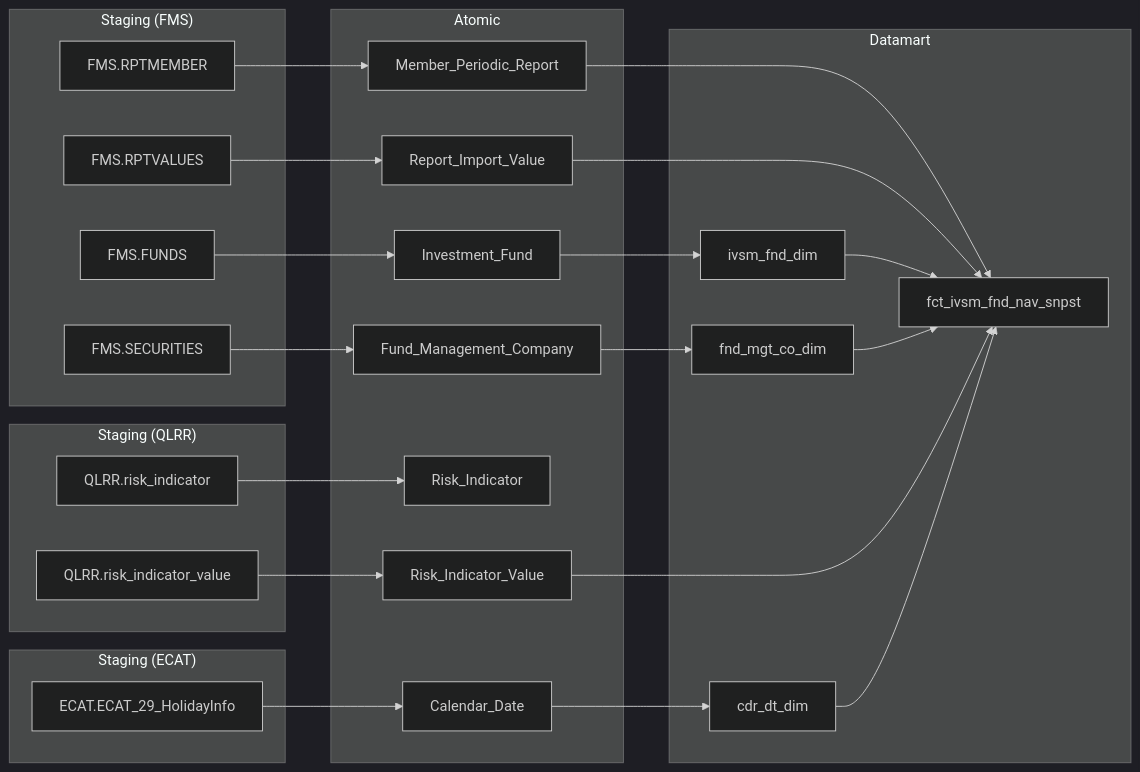
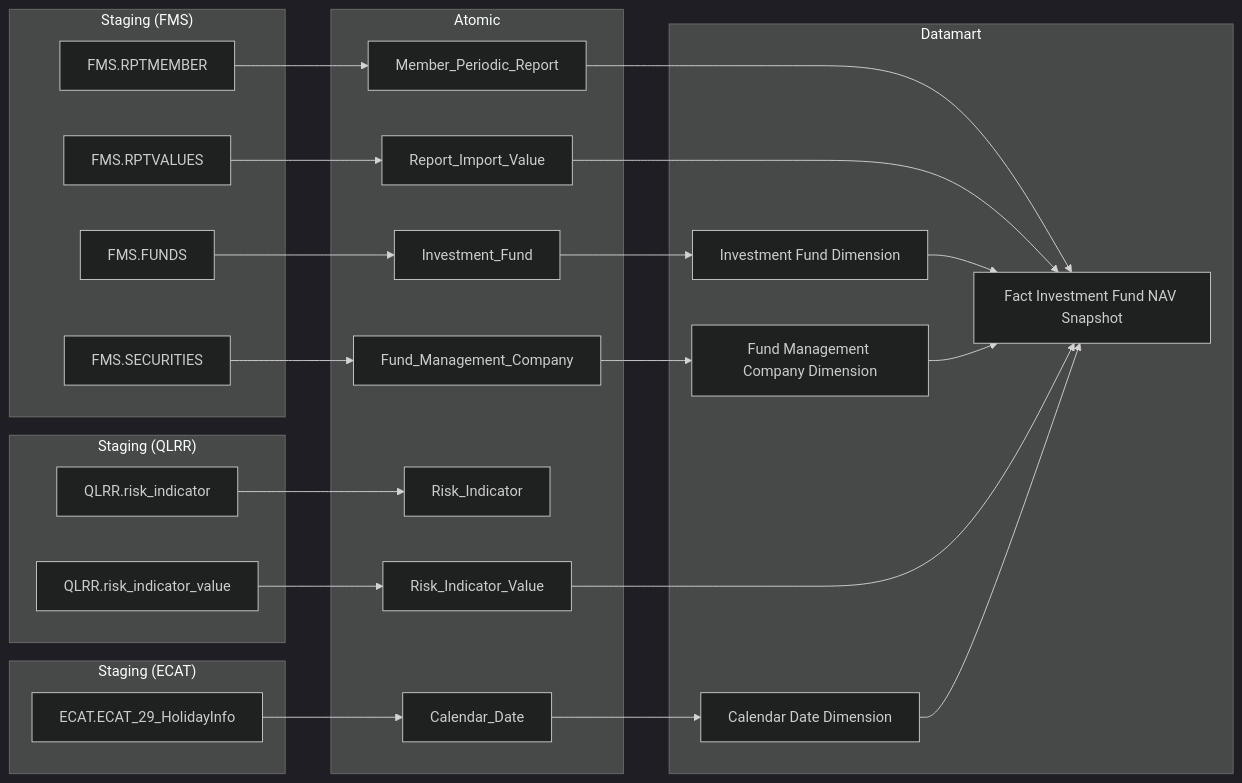
One commit to linhlvit/ubck_atomic_design changed the fourth of 9 diagrams in docs/output/datamart/FMS/DTM_FMS_PTTK.md. Above: the diagram before and after it, drawn with Mermaid (dark theme). The commit also changed other lines of this file and 2 other files, not shown here.

````diff
--- a/docs/output/datamart/FMS/DTM_FMS_PTTK.md
+++ b/docs/output/datamart/FMS/DTM_FMS_PTTK.md
@@ -190,47 +190,47 @@
 ```mermaid
 flowchart LR
   subgraph Staging_FMS["Staging (FMS)"]
     FMS_RPTMEMBER["FMS.RPTMEMBER"]
     FMS_RPTVALUES["FMS.RPTVALUES"]
     FMS_FUNDS["FMS.FUNDS"]
     FMS_SECURITIES["FMS.SECURITIES"]
   end
   subgraph Staging_QLRR["Staging (QLRR)"]
     QLRR_risk_indicator["QLRR.risk_indicator"]
     QLRR_risk_indicator_value["QLRR.risk_indicator_value"]
   end
   subgraph Staging_ECAT["Staging (ECAT)"]
     ECAT_ECAT_29_HolidayInfo["ECAT.ECAT_29_HolidayInfo"]
   end
   subgraph Atomic
     Member_Periodic_Report
     Report_Import_Value
     Investment_Fund
     Fund_Management_Company
     Risk_Indicator
     Risk_Indicator_Value
     Calendar_Date
   end
   subgraph Datamart
-    fct_ivsm_fnd_nav_snpst
-    ivsm_fnd_dim
-    fnd_mgt_co_dim
-    cdr_dt_dim
+    fct_ivsm_fnd_nav_snpst["Fact Investment Fund NAV Snapshot"]
+    ivsm_fnd_dim["Investment Fund Dimension"]
+    fnd_mgt_co_dim["Fund Management Company Dimension"]
+    cdr_dt_dim["Calendar Date Dimension"]
   end
   FMS_RPTMEMBER --> Member_Periodic_Report
   FMS_RPTVALUES --> Report_Import_Value
   FMS_FUNDS --> Investment_Fund
   FMS_SECURITIES --> Fund_Management_Company
   QLRR_risk_indicator --> Risk_Indicator
   QLRR_risk_indicator_value --> Risk_Indicator_Value
   ECAT_ECAT_29_HolidayInfo --> Calendar_Date
   Member_Periodic_Report --> fct_ivsm_fnd_nav_snpst
   Report_Import_Value --> fct_ivsm_fnd_nav_snpst
   Risk_Indicator_Value --> fct_ivsm_fnd_nav_snpst
   Investment_Fund --> ivsm_fnd_dim
   Fund_Management_Company --> fnd_mgt_co_dim
   Calendar_Date --> cdr_dt_dim
   ivsm_fnd_dim --> fct_ivsm_fnd_nav_snpst
   fnd_mgt_co_dim --> fct_ivsm_fnd_nav_snpst
   cdr_dt_dim --> fct_ivsm_fnd_nav_snpst
 ```
````
